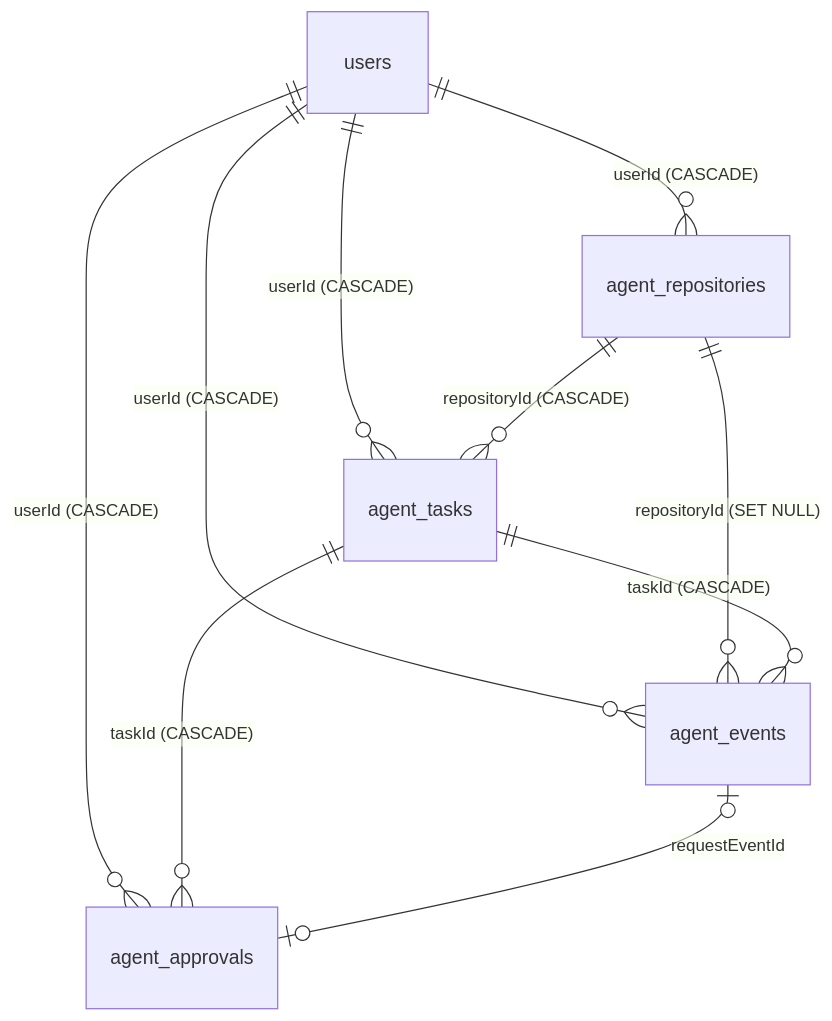
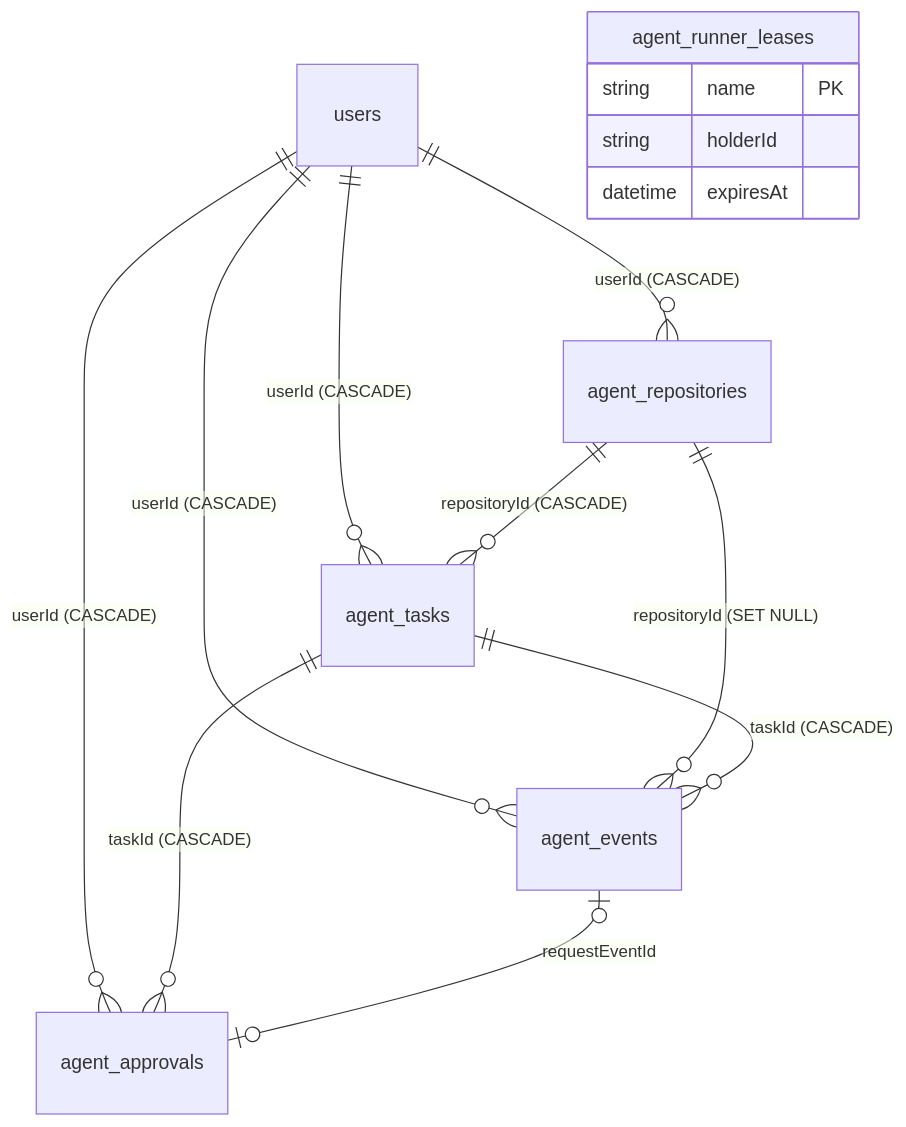
One commit to GuilhermeNairne/projeto-pessoal-backend changed the first of 5 diagrams in docs/features/gerenciador-de-agentes-backend.md. Above: the diagram before and after it, drawn with Mermaid. The commit also changed other lines of this file, not shown here.

````diff
--- a/docs/features/gerenciador-de-agentes-backend.md
+++ b/docs/features/gerenciador-de-agentes-backend.md
@@ -174,12 +225,17 @@
 ```mermaid
 erDiagram
     users ||--o{ agent_repositories : "userId (CASCADE)"
     users ||--o{ agent_tasks : "userId (CASCADE)"
     users ||--o{ agent_events : "userId (CASCADE)"
     users ||--o{ agent_approvals : "userId (CASCADE)"
     agent_repositories ||--o{ agent_tasks : "repositoryId (CASCADE)"
     agent_repositories ||--o{ agent_events : "repositoryId (SET NULL)"
     agent_tasks ||--o{ agent_events : "taskId (CASCADE)"
     agent_tasks ||--o{ agent_approvals : "taskId (CASCADE)"
     agent_events |o--o| agent_approvals : "requestEventId"
+    agent_runner_leases {
+        string name PK
+        string holderId
+        datetime expiresAt
+    }
 ```
````
